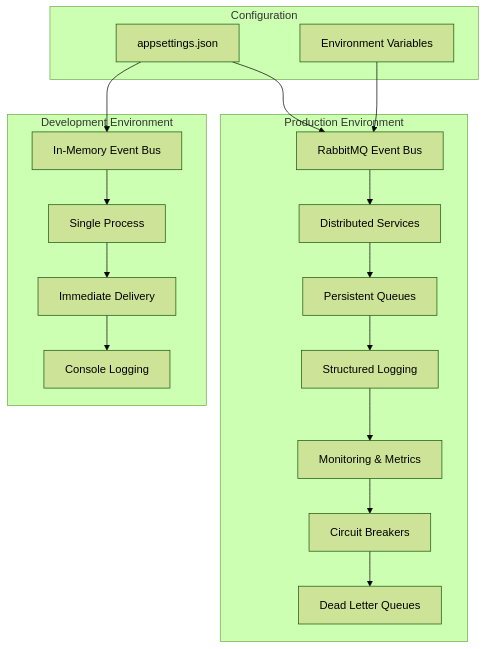
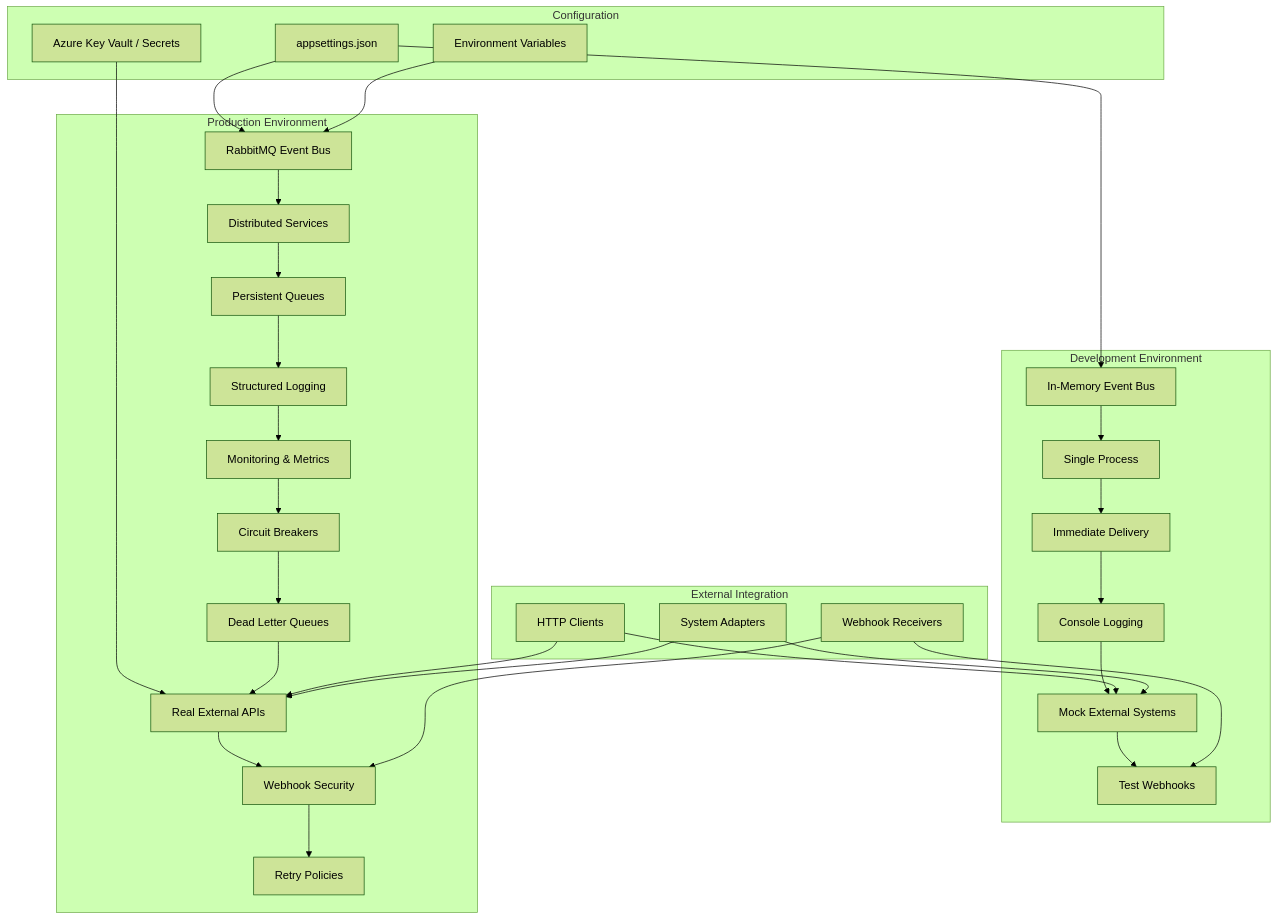
Before and after one commit to nakhmadaliev-webase/integration_bus: the tenth of 11 diagrams in ARCHITECTURE_FLOW.md, drawn with Mermaid (forest theme). The commit also changed other lines of this file and 23 other files, not shown here.

First line of the commit message:
Add External Integration Bus with comprehensive features

````diff
--- a/ARCHITECTURE_FLOW.md
+++ b/ARCHITECTURE_FLOW.md
@@ -354,39 +478,64 @@
 ```mermaid
 graph TB
     subgraph "Development Environment"
         DEV1[In-Memory Event Bus]
         DEV2[Single Process]
         DEV3[Immediate Delivery]
         DEV4[Console Logging]
+        DEV5[Mock External Systems]
+        DEV6[Test Webhooks]
     end
     
     subgraph "Production Environment"
         PROD1[RabbitMQ Event Bus]
         PROD2[Distributed Services]
         PROD3[Persistent Queues]
         PROD4[Structured Logging]
         PROD5[Monitoring & Metrics]
         PROD6[Circuit Breakers]
         PROD7[Dead Letter Queues]
+        PROD8[Real External APIs]
+        PROD9[Webhook Security]
+        PROD10[Retry Policies]
+    end
+    
+    subgraph "External Integration"
+        EXT1[HTTP Clients]
+        EXT2[Webhook Receivers]
+        EXT3[System Adapters]
     end
     
     subgraph "Configuration"
         CONFIG[appsettings.json]
         ENV[Environment Variables]
+        SECRETS[Azure Key Vault / Secrets]
     end
     
     CONFIG --> DEV1
     CONFIG --> PROD1
     ENV --> PROD1
+    SECRETS --> PROD8
     
     DEV1 --> DEV2
     DEV2 --> DEV3
     DEV3 --> DEV4
+    DEV4 --> DEV5
+    DEV5 --> DEV6
     
     PROD1 --> PROD2
     PROD2 --> PROD3
     PROD3 --> PROD4
     PROD4 --> PROD5
     PROD5 --> PROD6
     PROD6 --> PROD7
+    PROD7 --> PROD8
+    PROD8 --> PROD9
+    PROD9 --> PROD10
+    
+    EXT1 --> DEV5
+    EXT1 --> PROD8
+    EXT2 --> DEV6
+    EXT2 --> PROD9
+    EXT3 --> DEV5
+    EXT3 --> PROD8
 ```
````
